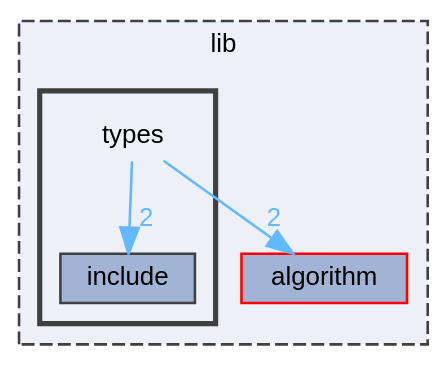
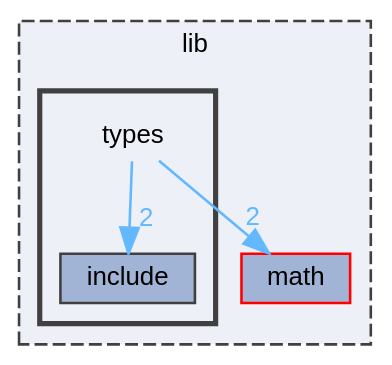
One commit to pawelekg95/algopp changed the diagram in dir_560694f03ee5bf1136d79e4f1ca1ca37_dep.dot. Above: the diagram before and after it, drawn with Graphviz. The commit also changed 190 other files, not shown here.

```diff
--- a/dir_560694f03ee5bf1136d79e4f1ca1ca37_dep.dot
+++ b/dir_560694f03ee5bf1136d79e4f1ca1ca37_dep.dot
@@ -1,19 +1,19 @@
 digraph "lib/types"
 {
  // LATEX_PDF_SIZE
   bgcolor="transparent";
   edge [fontname=Helvetica,fontsize=10,labelfontname=Helvetica,labelfontsize=10];
   node [fontname=Helvetica,fontsize=10,shape=box,height=0.2,width=0.4];
   compound=true
   subgraph clusterdir_97aefd0d527b934f1d99a682da8fe6a9 {
     graph [ bgcolor="#edf0f7", pencolor="grey25", label="lib", fontname=Helvetica,fontsize=10 style="filled,dashed", URL="dir_97aefd0d527b934f1d99a682da8fe6a9.html",tooltip=""]
-  dir_f5dd86dbd9583e7b6fc3983d3949da68 [label="algorithm", fillcolor="#a2b4d6", color="red", style="filled", URL="dir_f5dd86dbd9583e7b6fc3983d3949da68.html",tooltip=""];
+  dir_a36354df93aef5eec904487b77fa4fab [label="math", fillcolor="#a2b4d6", color="red", style="filled", URL="dir_a36354df93aef5eec904487b77fa4fab.html",tooltip=""];
   subgraph clusterdir_560694f03ee5bf1136d79e4f1ca1ca37 {
     graph [ bgcolor="#edf0f7", pencolor="grey25", label="", fontname=Helvetica,fontsize=10 style="filled,bold", URL="dir_560694f03ee5bf1136d79e4f1ca1ca37.html",tooltip=""]
     dir_560694f03ee5bf1136d79e4f1ca1ca37 [shape=plaintext, label="types"];
   dir_1c1ae0f5fde477941555af178d897ffb [label="include", fillcolor="#a2b4d6", color="grey25", style="filled", URL="dir_1c1ae0f5fde477941555af178d897ffb.html",tooltip=""];
   }
   }
-  dir_560694f03ee5bf1136d79e4f1ca1ca37->dir_1c1ae0f5fde477941555af178d897ffb [headlabel="2", labeldistance=1.5 headhref="dir_000012_000007.html" color="steelblue1" fontcolor="steelblue1"];
-  dir_560694f03ee5bf1136d79e4f1ca1ca37->dir_f5dd86dbd9583e7b6fc3983d3949da68 [headlabel="2", labeldistance=1.5 headhref="dir_000012_000000.html" color="steelblue1" fontcolor="steelblue1"];
+  dir_560694f03ee5bf1136d79e4f1ca1ca37->dir_1c1ae0f5fde477941555af178d897ffb [headlabel="2", labeldistance=1.5 headhref="dir_000016_000009.html" color="steelblue1" fontcolor="steelblue1"];
+  dir_560694f03ee5bf1136d79e4f1ca1ca37->dir_a36354df93aef5eec904487b77fa4fab [headlabel="2", labeldistance=1.5 headhref="dir_000016_000011.html" color="steelblue1" fontcolor="steelblue1"];
 }
```
